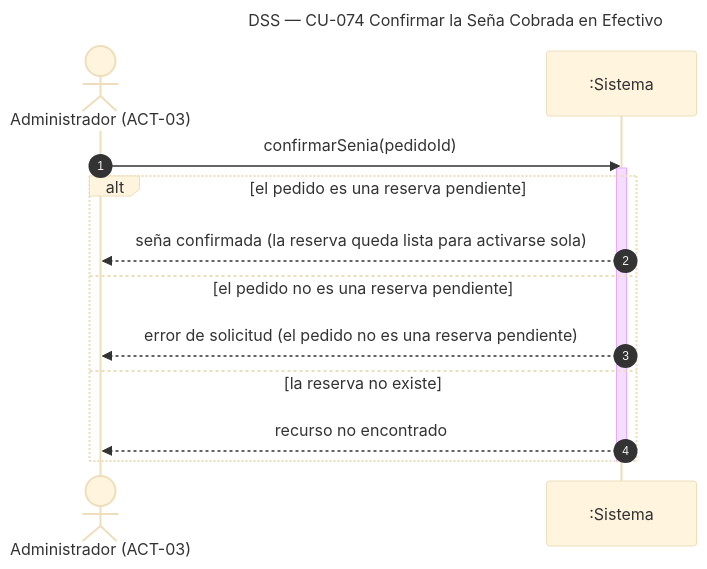
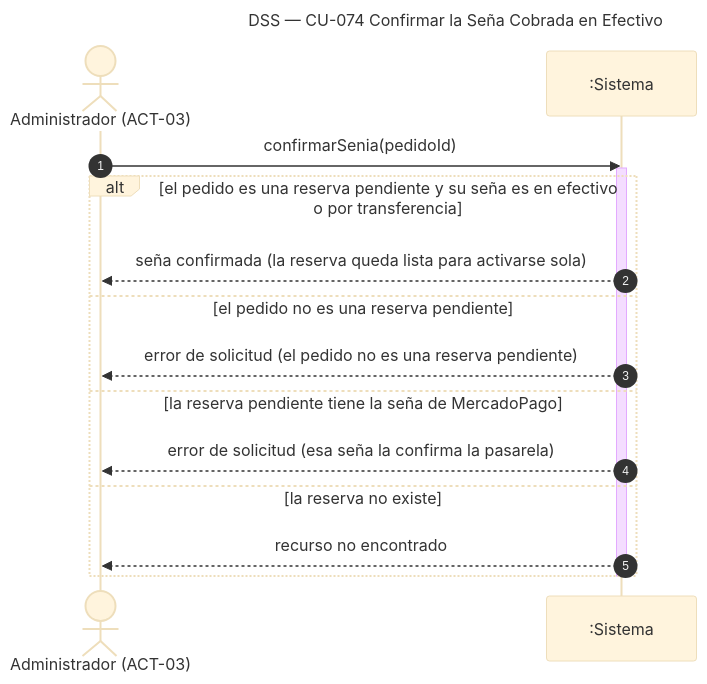
The diagram in diagramas/DSS_CU-074_Confirmar-la-Sena-Cobrada-en-Efectivo.mmd (Nahuelito-Dev/splg-docs), drawn with Mermaid (base theme) before and after one commit. The commit also changed 42 other files, not shown here.

Commit message:
docs(cu): reserva con seña desde el panel (CU Real nuevo), confirmación de seña por medio, enlace de pago vigente, ficha de caja y capturas del panel actualizadas

```diff
--- a/diagramas/DSS_CU-074_Confirmar-la-Sena-Cobrada-en-Efectivo.mmd
+++ b/diagramas/DSS_CU-074_Confirmar-la-Sena-Cobrada-en-Efectivo.mmd
@@ -1,16 +1,18 @@
 sequenceDiagram
     title DSS — CU-074 Confirmar la Seña Cobrada en Efectivo
     autonumber
     actor ADM as Administrador (ACT-03)
     participant SIS as :Sistema
 
     ADM->>SIS: confirmarSenia(pedidoId)
     activate SIS
-    alt el pedido es una reserva pendiente
+    alt el pedido es una reserva pendiente y su seña es en efectivo o por transferencia
         SIS-->>ADM: seña confirmada (la reserva queda lista para activarse sola)
     else el pedido no es una reserva pendiente
         SIS-->>ADM: error de solicitud (el pedido no es una reserva pendiente)
+    else la reserva pendiente tiene la seña de MercadoPago
+        SIS-->>ADM: error de solicitud (esa seña la confirma la pasarela)
     else la reserva no existe
         SIS-->>ADM: recurso no encontrado
     end
     deactivate SIS
```
